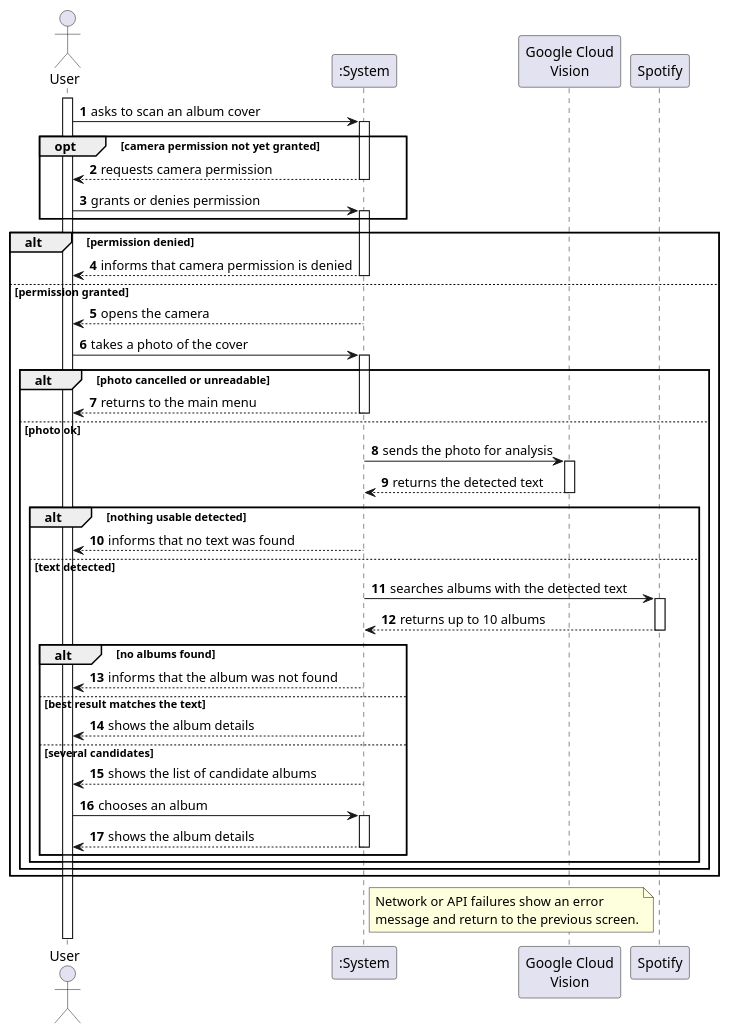
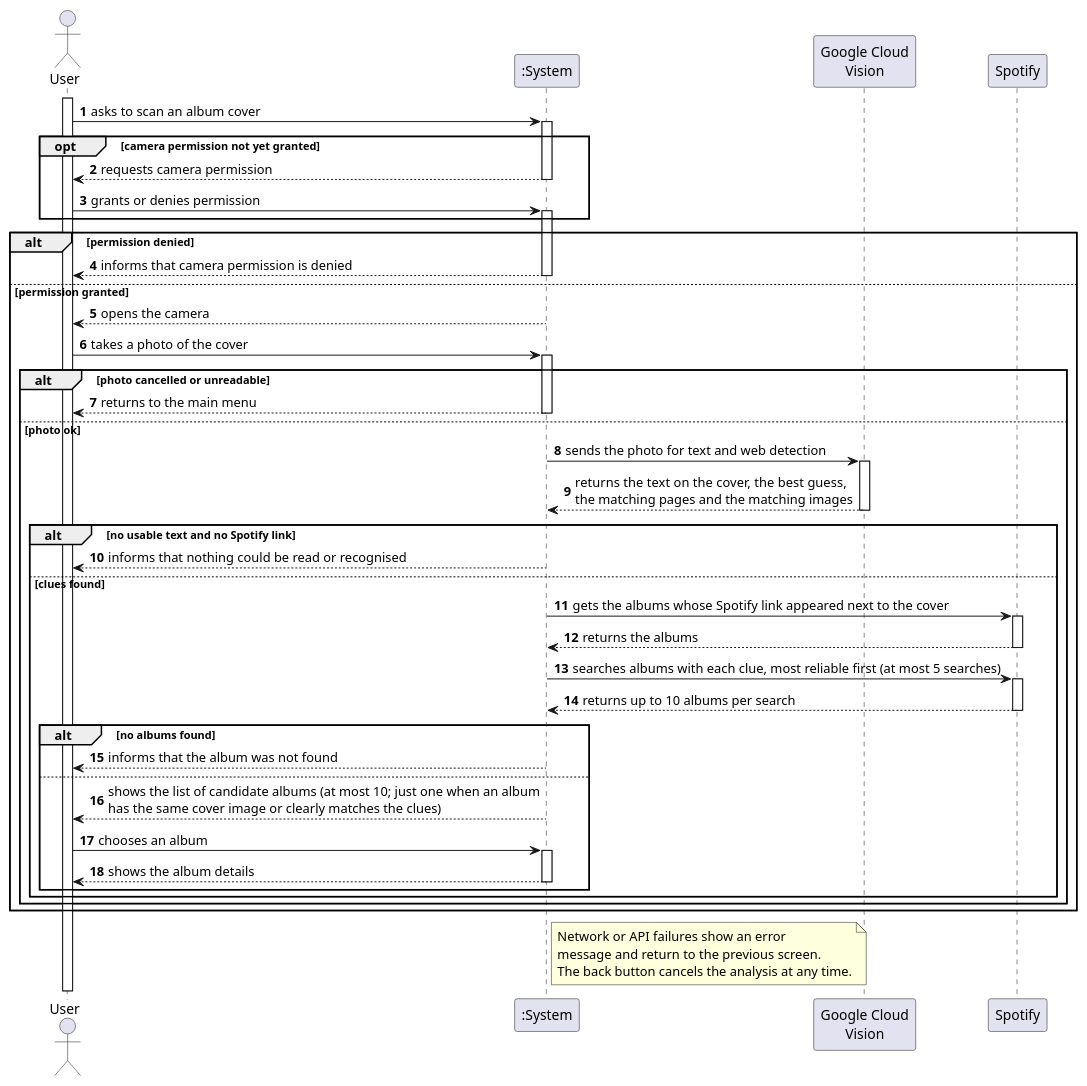
One commit to nunoc-isep/DSSMV_ProjectDroid_1251610_1241122 changed the diagram in docs/uml/ssd_02_scan_album.puml. Above: the diagram before and after it, drawn with PlantUML. The commit also changed 67 other files, not shown here.

Commit message:
Adição de novos diagramas e atualização dos antigos.

```diff
--- a/docs/uml/ssd_02_scan_album.puml
+++ b/docs/uml/ssd_02_scan_album.puml
@@ -1,52 +1,50 @@
 @startuml
 autoactivate on
 autonumber
 
 actor "User" as User
 participant ":System" as System
 participant "Google Cloud\nVision" as Vision
 participant "Spotify" as Spotify
 
 activate User
 
 User -> System: asks to scan an album cover
 opt camera permission not yet granted
   System --> User: requests camera permission
   User -> System: grants or denies permission
 end
 alt permission denied
   System --> User: informs that camera permission is denied
 else permission granted
   System --> User: opens the camera
-
   User -> System: takes a photo of the cover
   alt photo cancelled or unreadable
     System --> User: returns to the main menu
   else photo ok
-    System -> Vision: sends the photo for analysis
-    Vision --> System: returns the detected text
-    alt nothing usable detected
-      System --> User: informs that no text was found
-    else text detected
-      System -> Spotify: searches albums with the detected text
-      Spotify --> System: returns up to 10 albums
+    System -> Vision: sends the photo for text and web detection
+    Vision --> System: returns the text on the cover, the best guess,\nthe matching pages and the matching images
+    alt no usable text and no Spotify link
+      System --> User: informs that nothing could be read or recognised
+    else clues found
+      System -> Spotify: gets the albums whose Spotify link appeared next to the cover
+      Spotify --> System: returns the albums
+      System -> Spotify: searches albums with each clue, most reliable first (at most 5 searches)
+      Spotify --> System: returns up to 10 albums per search
       alt no albums found
         System --> User: informs that the album was not found
-      else best result matches the text
-        System --> User: shows the album details
-      else several candidates
-        System --> User: shows the list of candidate albums
-
+      else
+        System --> User: shows the list of candidate albums (at most 10; just one when an album\nhas the same cover image or clearly matches the clues)
         User -> System: chooses an album
         System --> User: shows the album details
       end
     end
   end
 end
 
 note right of System
   Network or API failures show an error
   message and return to the previous screen.
+  The back button cancels the analysis at any time.
 end note
-
 @enduml
```
